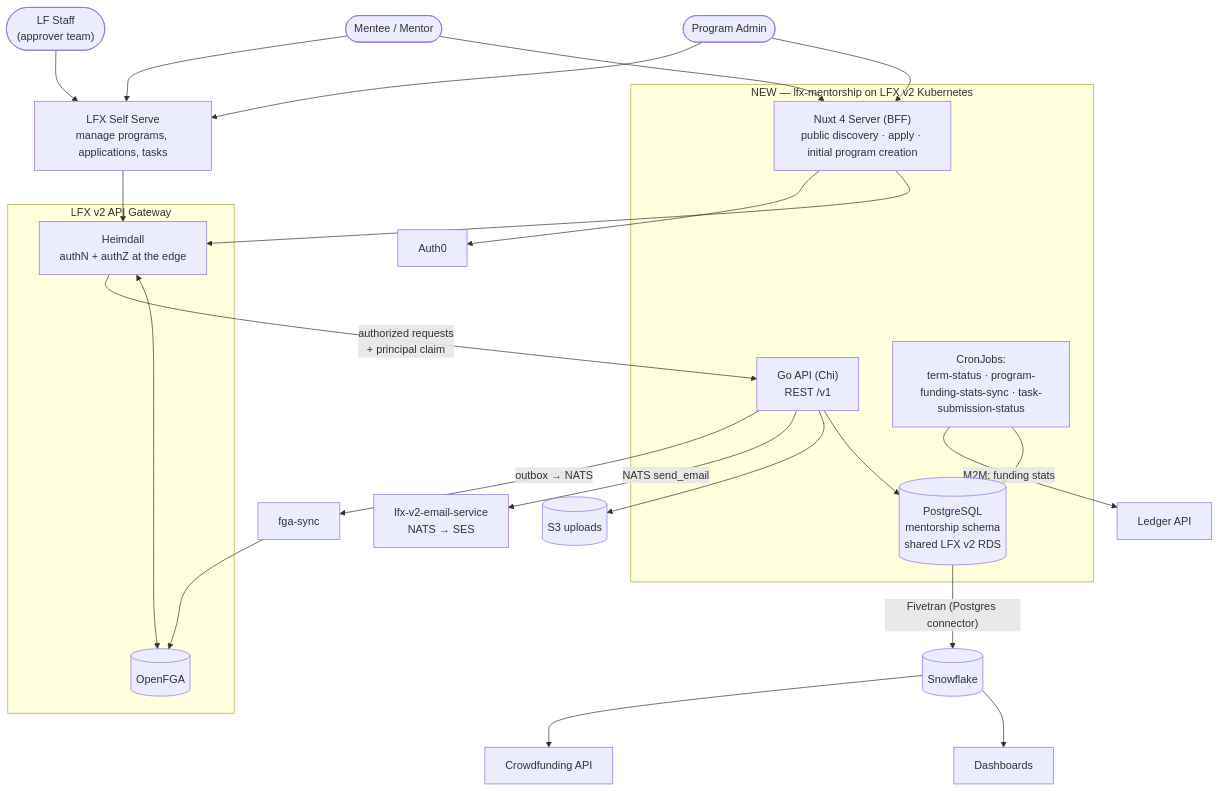
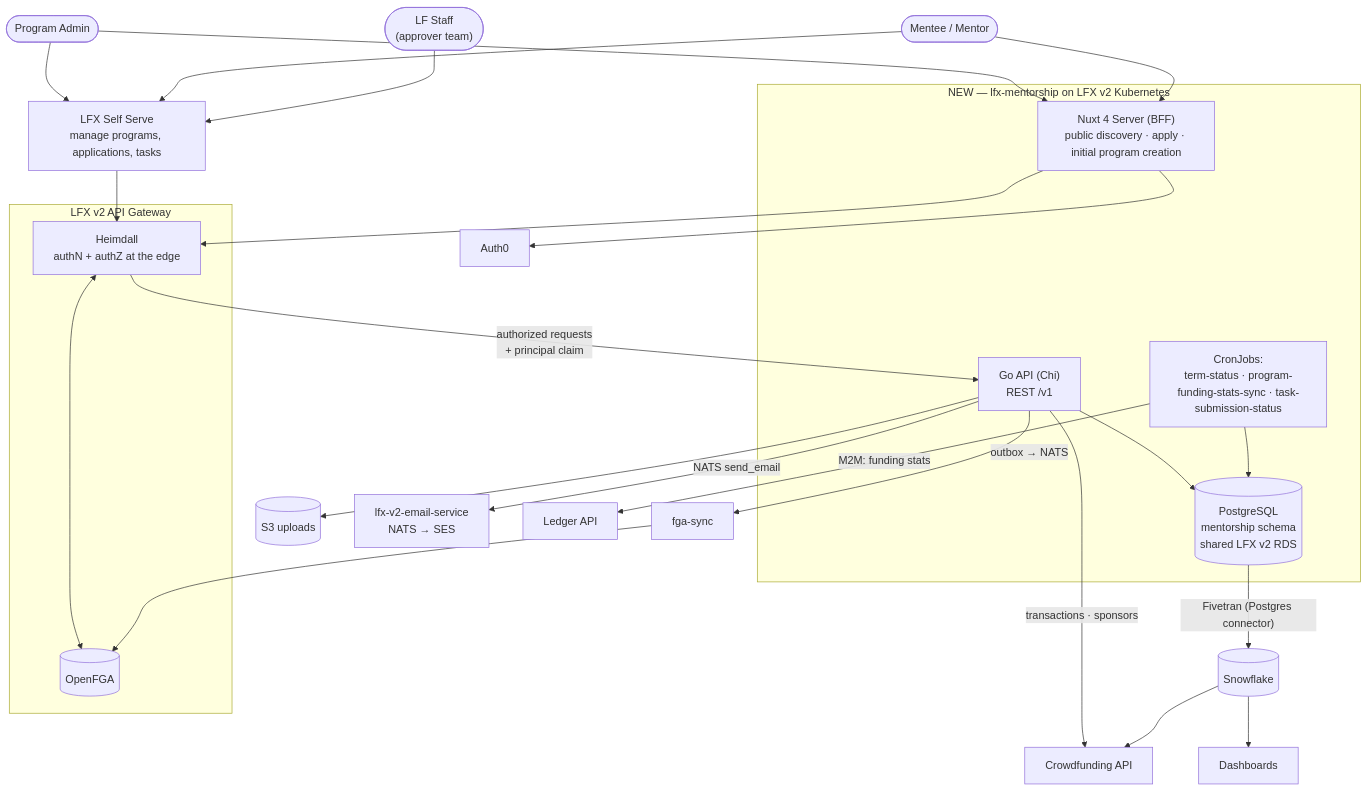
One commit to linuxfoundation/lfx-mentorship changed the first of 2 diagrams in docs/rewrite/02-target-architecture.md. Above: the diagram before and after it, drawn with Mermaid. The commit also changed other lines of this file, not shown here.

Commit message:
docs: restore the request-time Crowdfunding dependency in 02
Address a review comment from copilot-pull-request-reviewer.

Moving the funding-stats cron from the Crowdfunding API to the Ledger in
11836e0 removed the only edge to CFAPI in the system diagram, which left the
document implying Mentorship has no runtime Crowdfunding dependency at all.
It does: GET /v1/programs/{id}/transactions and /sponsors call CF
synchronously via ProgramService.cfClient and return ErrUpstreamUnavailable
when it is absent.

- Add an API -> CFAPI edge labelled "transactions · sponsors", alongside the
  cron's edge to the Ledger.
- Add a Crowdfunding row to the Integrations table, which had none. It notes
  that both routes are public, so a CF outage degrades unauthenticated
  pages, and that this is distinct from the funding-stats cache.

Brings the target diagram back in line with ARCHITECTURE.md section 4.

Resolves 1 review thread.

````diff
--- a/docs/rewrite/02-target-architecture.md
+++ b/docs/rewrite/02-target-architecture.md
@@ -22,46 +22,47 @@
 ```mermaid
 flowchart TB
     ADMIN(["Program Admin"])
     USERS(["Mentee / Mentor"])
     SUPER(["LF Staff<br/>(approver team)"])
 
     subgraph GW["LFX v2 API Gateway"]
         HEIMDALL["Heimdall<br/>authN + authZ at the edge"]
         FGA[("OpenFGA")]
     end
 
     subgraph K8S["NEW — lfx-mentorship on LFX v2 Kubernetes"]
         NUXT["Nuxt 4 Server (BFF)<br/>public discovery · apply · initial program creation"]
         API["Go API (Chi)<br/>REST /v1"]
         PG[("PostgreSQL<br/>mentorship schema<br/>shared LFX v2 RDS")]
         CRONS["CronJobs:<br/>term-status · program-funding-stats-sync · task-submission-status"]
     end
 
     SS["LFX Self Serve<br/>manage programs, applications, tasks"]
     SYNC["fga-sync"]
     AUTH0["Auth0"]
     S3[("S3 uploads")]
     EMAIL["lfx-v2-email-service<br/>NATS → SES"]
     CFAPI["Crowdfunding API"]
     LEDGER["Ledger API"]
     SF[("Snowflake")]
     DASH["Dashboards"]
 
     ADMIN & USERS --> NUXT
     ADMIN & USERS & SUPER --> SS
     NUXT --> HEIMDALL
     SS --> HEIMDALL
     HEIMDALL <--> FGA
     HEIMDALL -- "authorized requests<br/>+ principal claim" --> API
     NUXT --> AUTH0
     API --> PG
     API --> S3
     API -- "NATS send_email" --> EMAIL
     API -- "outbox → NATS" --> SYNC
     SYNC --> FGA
     CRONS --> PG
     CRONS -- "M2M: funding stats" --> LEDGER
+    API -- "transactions · sponsors" --> CFAPI
     PG -- "Fivetran (Postgres connector)" --> SF
     SF --> DASH
     SF --> CFAPI
 ```
````
